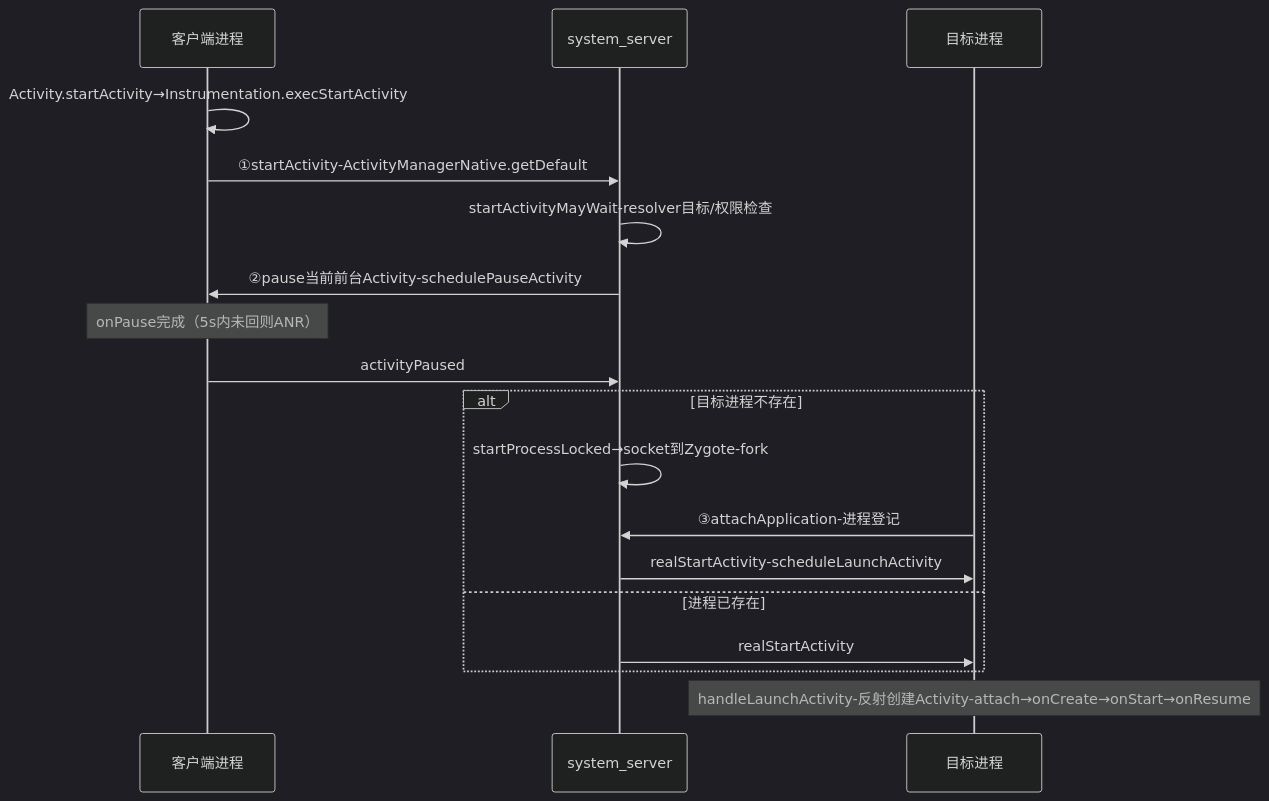
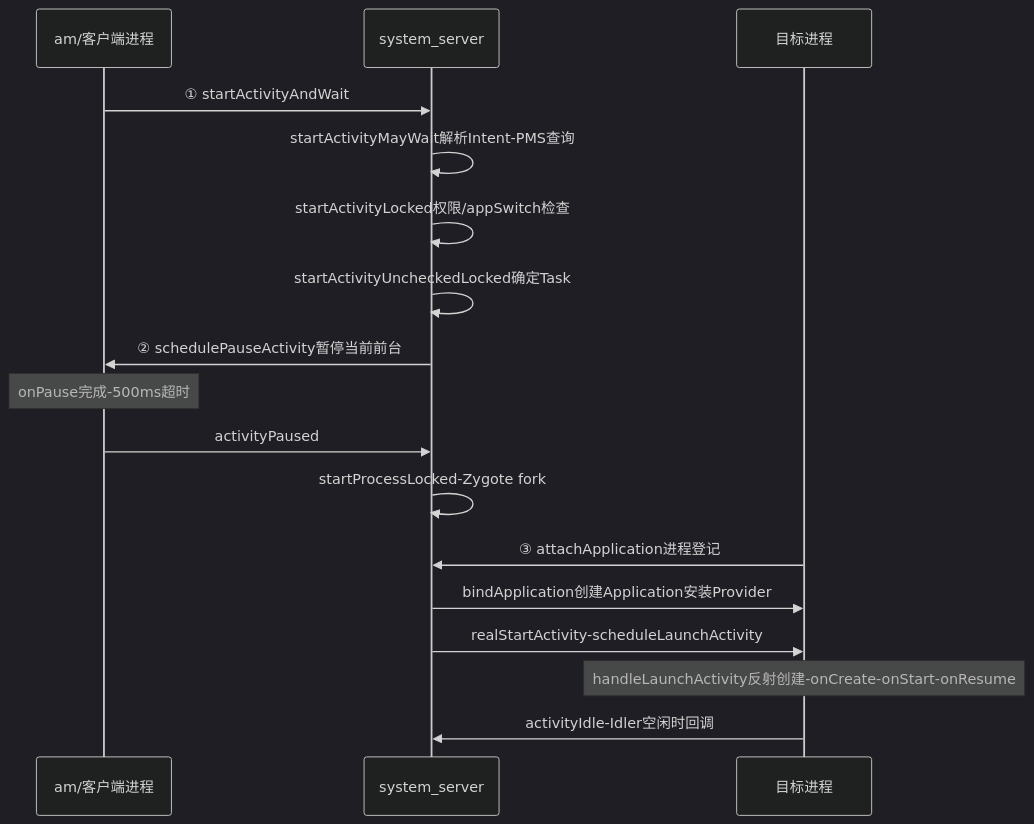
One commit to coswit/coswit.github.io changed the second of 2 diagrams in Android/深入理解Android卷II/05-深入理解ActivityManagerService.md. Above: the diagram before and after it, drawn with Mermaid (dark theme). The commit also changed other lines of this file and 7 other files, not shown here.

````diff
--- a/Android/深入理解Android卷II/05-深入理解ActivityManagerService.md
+++ b/Android/深入理解Android卷II/05-深入理解ActivityManagerService.md
@@ -42,20 +639,19 @@
 ```mermaid
 sequenceDiagram
-    participant App as 客户端进程
+    participant App as am/客户端进程
     participant AMS as system_server
     participant New as 目标进程
-    App->>App: Activity.startActivity→Instrumentation.execStartActivity
-    App->>AMS: ①startActivity-ActivityManagerNative.getDefault
-    AMS->>AMS: startActivityMayWait-resolver目标/权限检查
-    AMS->>App: ②pause当前前台Activity-schedulePauseActivity
-    Note over App: onPause完成（5s内未回则ANR）
+    App->>AMS: ① startActivityAndWait
+    AMS->>AMS: startActivityMayWait解析Intent-PMS查询
+    AMS->>AMS: startActivityLocked权限/appSwitch检查
+    AMS->>AMS: startActivityUncheckedLocked确定Task
+    AMS->>App: ② schedulePauseActivity暂停当前前台
+    Note over App: onPause完成-500ms超时
     App->>AMS: activityPaused
-    alt 目标进程不存在
-        AMS->>AMS: startProcessLocked→socket到Zygote-fork
-        New->>AMS: ③attachApplication-进程登记
-        AMS->>New: realStartActivity-scheduleLaunchActivity
-    else 进程已存在
-        AMS->>New: realStartActivity
-    end
-    Note over New: handleLaunchActivity-反射创建Activity-attach→onCreate→onStart→onResume
+    AMS->>AMS: startProcessLocked-Zygote fork
+    New->>AMS: ③ attachApplication进程登记
+    AMS->>New: bindApplication创建Application安装Provider
+    AMS->>New: realStartActivity-scheduleLaunchActivity
+    Note over New: handleLaunchActivity反射创建-onCreate-onStart-onResume
+    New->>AMS: activityIdle-Idler空闲时回调
 ```
````
